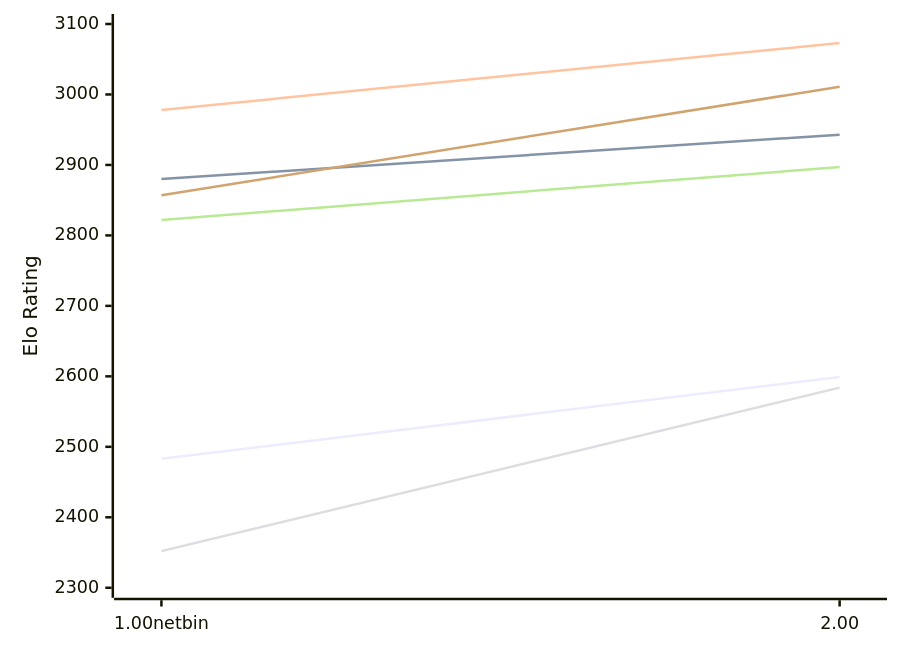
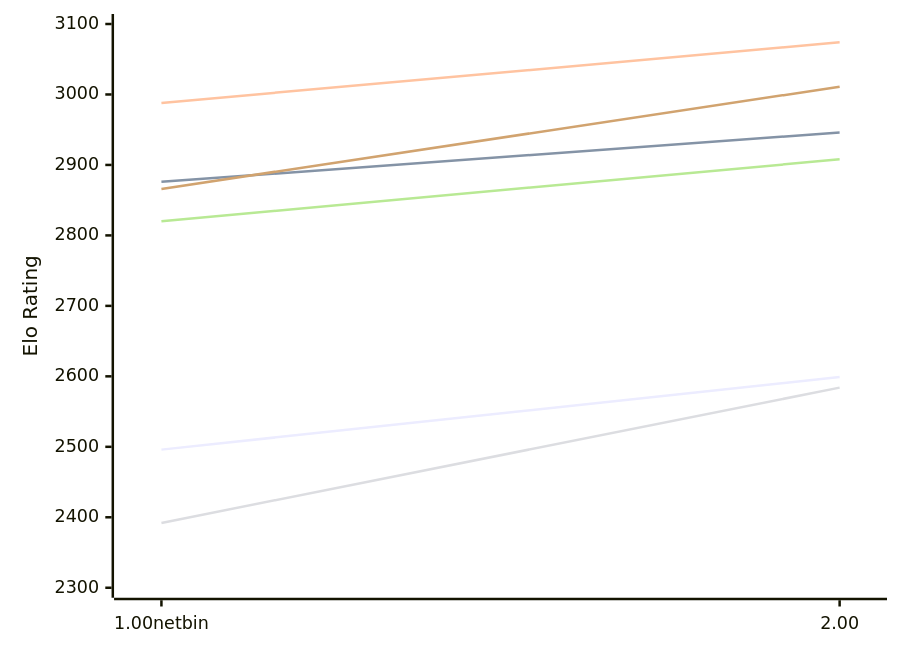
The first of 2 diagrams in engines/Gilipol.md (computer-chess-index/cci), drawn with Mermaid before and after one commit. The commit also changed other lines of this file, not shown here.

Commit message:
Update CCI Ratings (ELO VLTC) - 2026-11-17

````diff
--- a/engines/Gilipol.md
+++ b/engines/Gilipol.md
@@ -51,12 +51,12 @@
 ```mermaid
 %%{init: {"theme":"base","themeVariables":{"seriesColors:['#a3a3a3','#222221','#faa371']}}}%%
 xychart-beta
   x-axis ["1.00netbin", "2.00"]
   y-axis "Elo Rating" 2300 --> 3100
-  line "E1: STC (8.0+0.08s)" [2483, 2599]
-  line "E1: LTC (60.0+0.60s)" [2880, 2943]
-  line "E1: VLTC (2m24s+1.12s)" [2978, 3073]
-  line "P1: STC (8.0+0.08s)" [2352, 2584]
-  line "P1: LTC (60.0+0.60s)" [2822, 2897]
-  line "P1: VLTC (2m24s+1.12s)" [2857, 3011]
+  line "E1: STC (8.0+0.08s)" [2496, 2599]
+  line "E1: LTC (60.0+0.60s)" [2876, 2946]
+  line "E1: VLTC (2m24s+1.12s)" [2988, 3074]
+  line "P1: STC (8.0+0.08s)" [2392, 2584]
+  line "P1: LTC (60.0+0.60s)" [2820, 2908]
+  line "P1: VLTC (2m24s+1.12s)" [2866, 3011]
 ```
````
